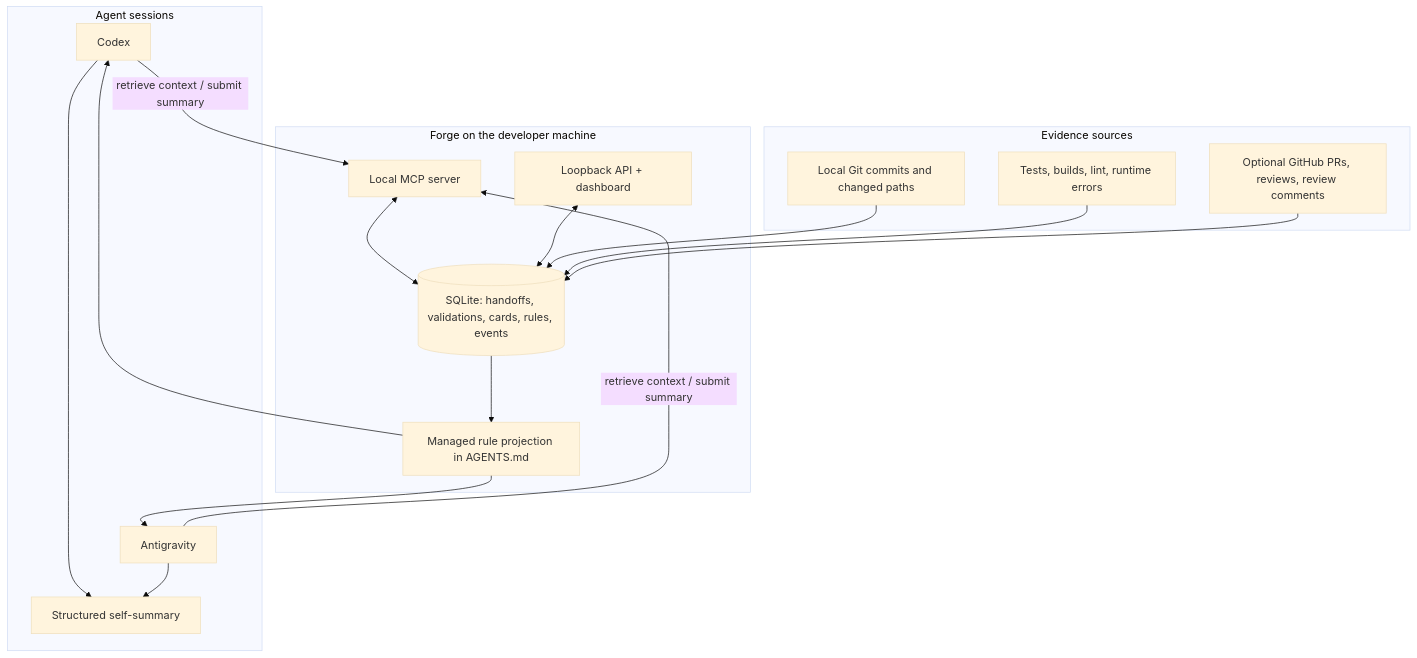
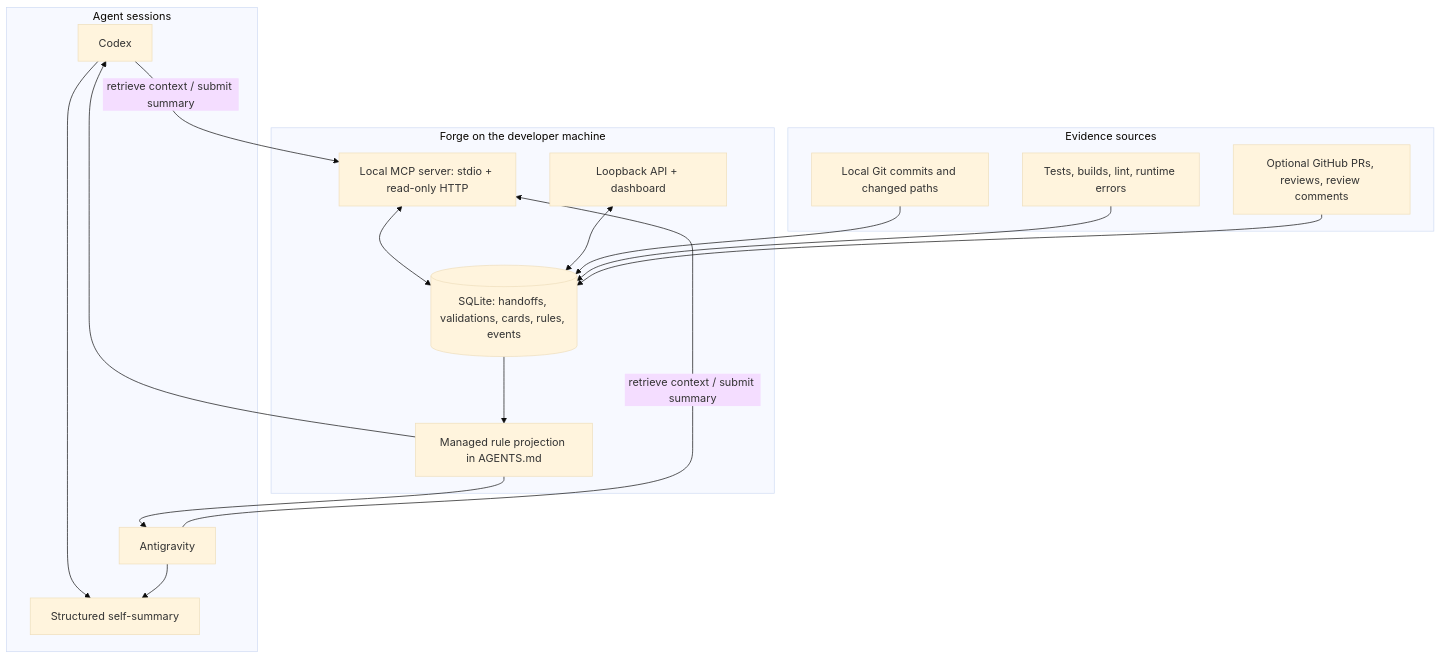
The first of 2 diagrams in docs/ARCHITECTURE.md (jeel1566/Forge), drawn with Mermaid (base theme) before and after one commit. The commit also changed other lines of this file and 20 other files, not shown here.

````diff
--- a/docs/ARCHITECTURE.md
+++ b/docs/ARCHITECTURE.md
@@ -11,33 +11,33 @@
 ```mermaid
 flowchart TB
   subgraph Agents[Agent sessions]
     C[Codex]
     A[Antigravity]
     C --> S[Structured self-summary]
     A --> S
   end
 
   subgraph Forge[Forge on the developer machine]
-    MCP[Local MCP server]
+    MCP[Local MCP server: stdio + read-only HTTP]
     API[Loopback API + dashboard]
   DB[(SQLite: handoffs, validations, cards, rules, events)]
     Rules[Managed rule projection in AGENTS.md]
     MCP <--> DB
     API <--> DB
     DB --> Rules
   end
 
   subgraph Evidence[Evidence sources]
     Git[Local Git commits and changed paths]
     Checks[Tests, builds, lint, runtime errors]
     GH[Optional GitHub PRs, reviews, review comments]
   end
 
   C -->|retrieve context / submit summary| MCP
   A -->|retrieve context / submit summary| MCP
   Git --> DB
   Checks --> DB
   GH --> DB
   Rules --> C
   Rules --> A
 ```
````
